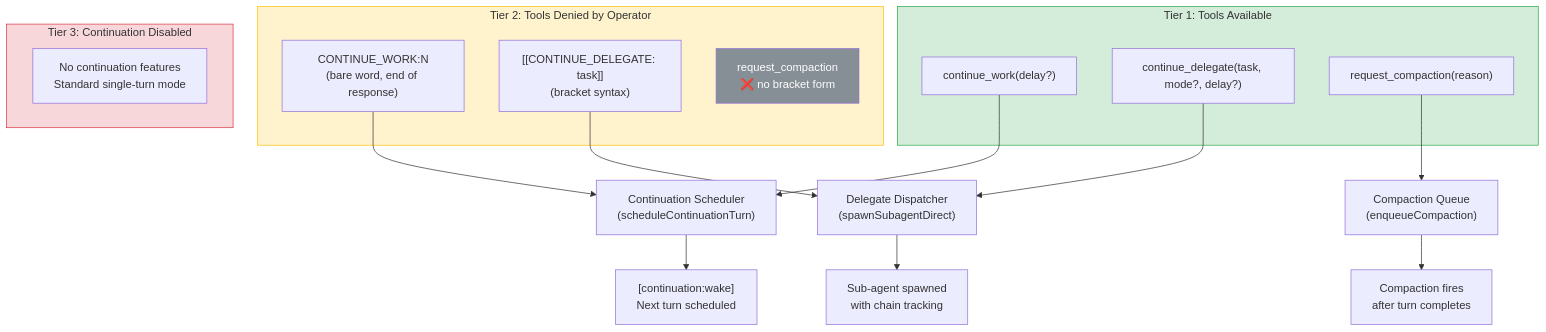
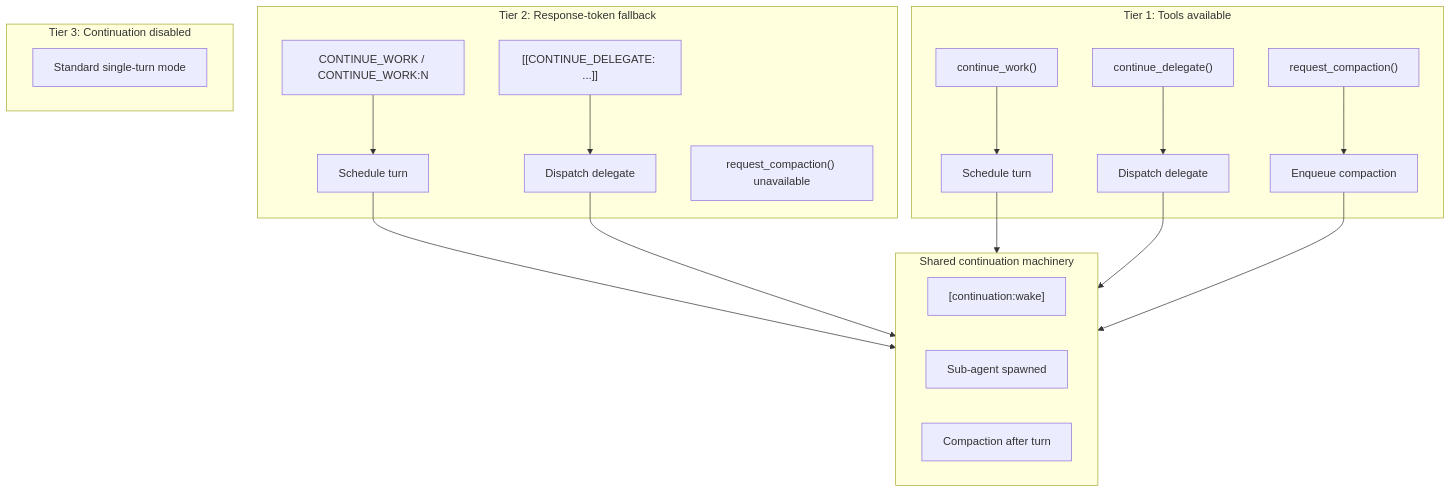
The diagram in docs/design/continue-work-signal-v2.md (karmaterminal/openclaw), drawn with Mermaid before and after one commit. The commit also changed other lines of this file, not shown here.

````diff
--- a/docs/design/continue-work-signal-v2.md
+++ b/docs/design/continue-work-signal-v2.md
@@ -225,34 +232,29 @@
 ```mermaid
-flowchart TD
-    subgraph TIER1["Tier 1: Tools Available"]
-        CW_TOOL["continue_work(delay?)"]
-        CD_TOOL["continue_delegate(task, mode?, delay?)"]
-        RC_TOOL["request_compaction(reason)"]
+flowchart TB
+    subgraph T1["Tier 1: Tools available"]
+        CW1["continue_work()"] --> SCHED1["Schedule turn"]
+        CD1["continue_delegate()"] --> DISP1["Dispatch delegate"]
+        RC1["request_compaction()"] --> COMP1["Enqueue compaction"]
     end
 
-    subgraph TIER2["Tier 2: Tools Denied by Operator"]
-        CW_BRACKET["CONTINUE_WORK:N<br/>(bare word, end of response)"]
-        CD_BRACKET["[[CONTINUE_DELEGATE: task]]<br/>(bracket syntax)"]
-        RC_NONE["request_compaction<br/>❌ no bracket form"]
+    subgraph T2["Tier 2: Response-token fallback"]
+        CW2["CONTINUE_WORK / CONTINUE_WORK:N"] --> SCHED2["Schedule turn"]
+        CD2["[[CONTINUE_DELEGATE: ...]]"] --> DISP2["Dispatch delegate"]
+        RC2["request_compaction() unavailable"]
     end
 
-    subgraph TIER3["Tier 3: Continuation Disabled"]
-        OFF["No continuation features<br/>Standard single-turn mode"]
+    subgraph T3["Tier 3: Continuation disabled"]
+        OFF["Standard single-turn mode"]
     end
 
-    CW_TOOL --> SCHED["Continuation Scheduler<br/>(scheduleContinuationTurn)"]
-    CD_TOOL --> DISPATCH["Delegate Dispatcher<br/>(spawnSubagentDirect)"]
-    RC_TOOL --> COMPACT["Compaction Queue<br/>(enqueueCompaction)"]
+    subgraph OUT["Shared continuation machinery"]
+        direction LR
+        WAKE["[continuation:wake]"]
+        SPAWN["Sub-agent spawned"]
+        LANE["Compaction after turn"]
+    end
 
-    CW_BRACKET --> SCHED
-    CD_BRACKET --> DISPATCH
-
-    SCHED --> WAKE["[continuation:wake]<br/>Next turn scheduled"]
-    DISPATCH --> SPAWN["Sub-agent spawned<br/>with chain tracking"]
-    COMPACT --> LANE["Compaction fires<br/>after turn completes"]
-
-    style TIER1 fill:#d4edda,stroke:#28a745
-    style TIER2 fill:#fff3cd,stroke:#ffc107
-    style TIER3 fill:#f8d7da,stroke:#dc3545
-    style RC_NONE fill:#868e96,color:#fff
+    SCHED1 & SCHED2 --> WAKE
+    DISP1 & DISP2 --> SPAWN
+    COMP1 --> LANE
 ```
````
